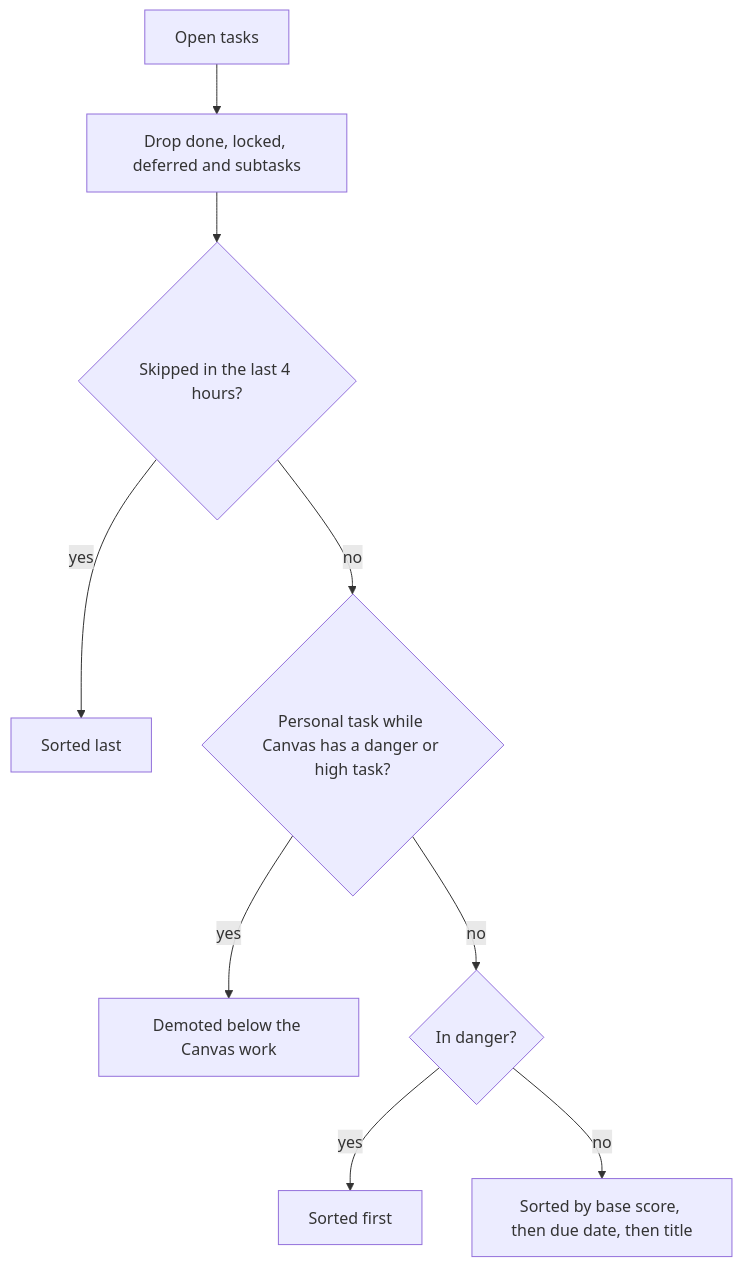
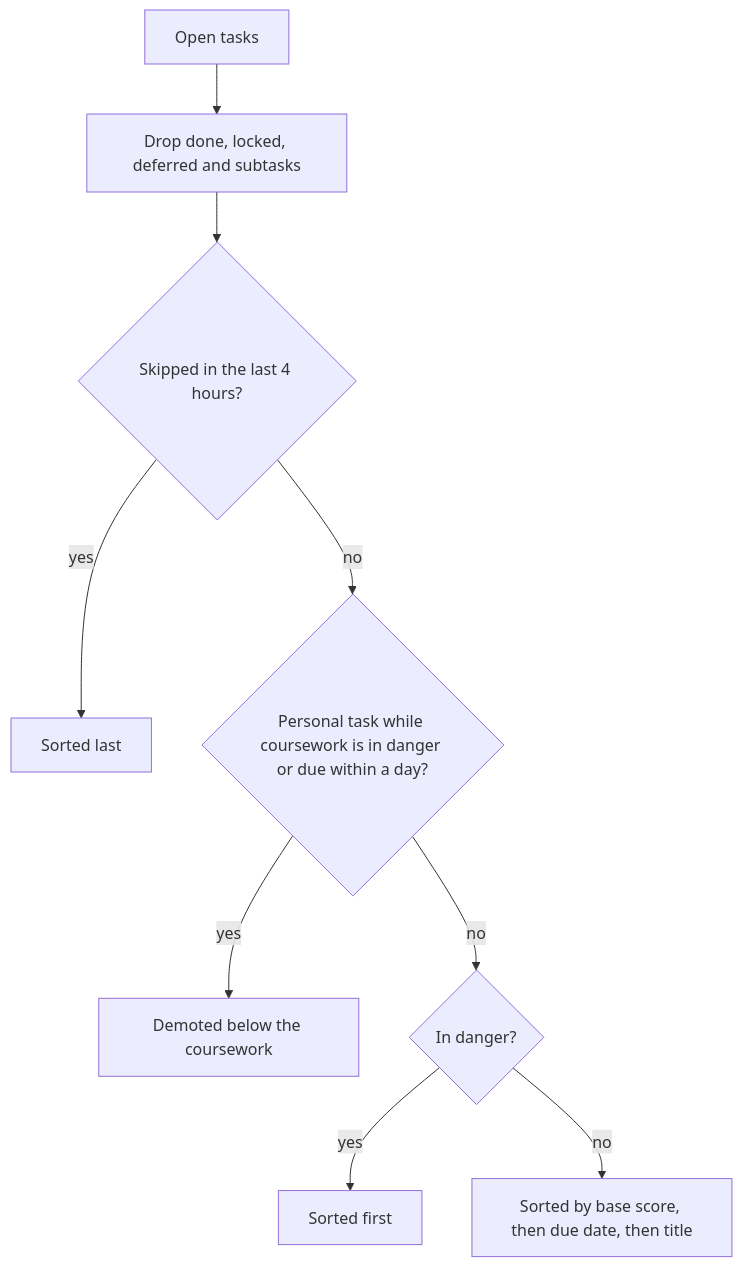
Before and after one commit to pockanoodles/erwin: the third of 6 diagrams in README.md, drawn with Mermaid. The commit also changed other lines of this file and 1 other file, not shown here.

````diff
--- a/README.md
+++ b/README.md
@@ -97,11 +111,11 @@
 ```mermaid
 flowchart TD
     A["Open tasks"] --> B["Drop done, locked, deferred and subtasks"]
     B --> C{"Skipped in the last 4 hours?"}
     C -- yes --> Z["Sorted last"]
-    C -- no --> D{"Personal task while Canvas has a danger or high task?"}
-    D -- yes --> Y["Demoted below the Canvas work"]
+    C -- no --> D{"Personal task while coursework is in danger or due within a day?"}
+    D -- yes --> Y["Demoted below the coursework"]
     D -- no --> E{"In danger?"}
     E -- yes --> X["Sorted first"]
     E -- no --> W["Sorted by base score, then due date, then title"]
 ```
````
